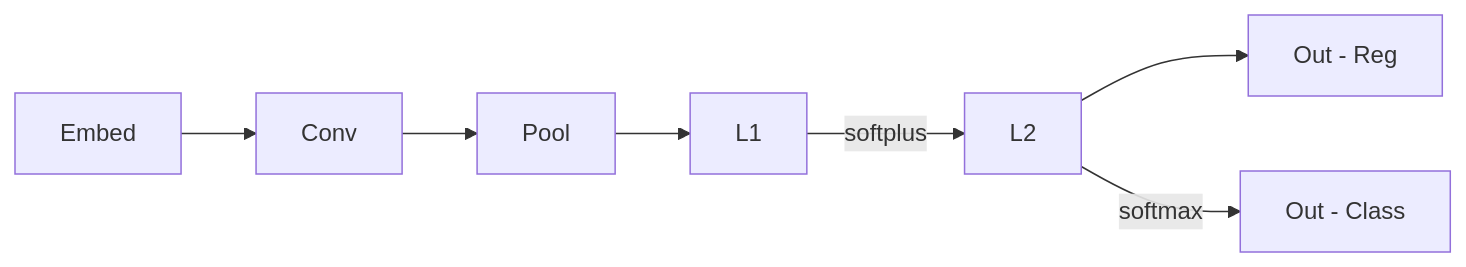
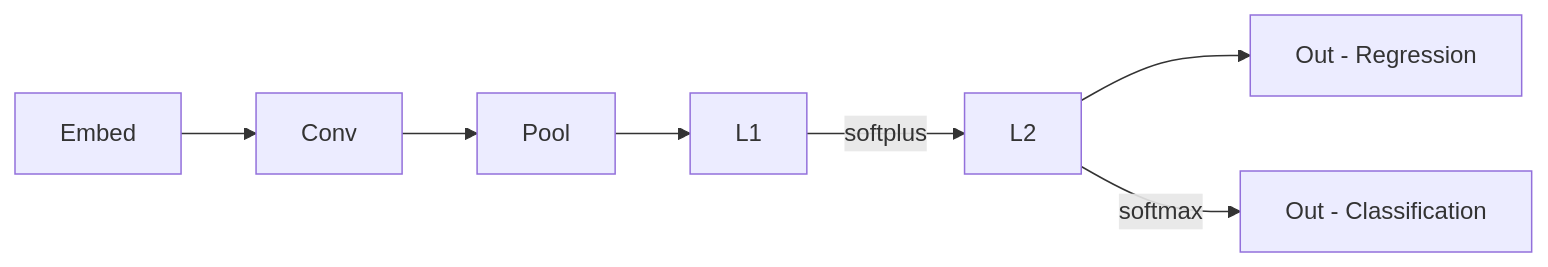
The diagram in docs/2_cgcnn.md (jcwang587/cgcnn2), drawn with Mermaid before and after one commit.

Commit message:
fix doc graph

````diff
--- a/docs/2_cgcnn.md
+++ b/docs/2_cgcnn.md
@@ -35,5 +35,5 @@
 ```mermaid
 graph LR
-    A[Embed] --> B[Conv] --> C[Pool] --> D[L1] --> |softplus| E[L2] --> F[Out - Reg]
-    E --> |softmax| G[Out - Class]
+    A[Embed] --> B[Conv] --> C[Pool] --> D[L1] --> |softplus| E[L2] --> F[Out - Regression]
+    E --> |softmax| G[Out - Classification]
 ```
````
